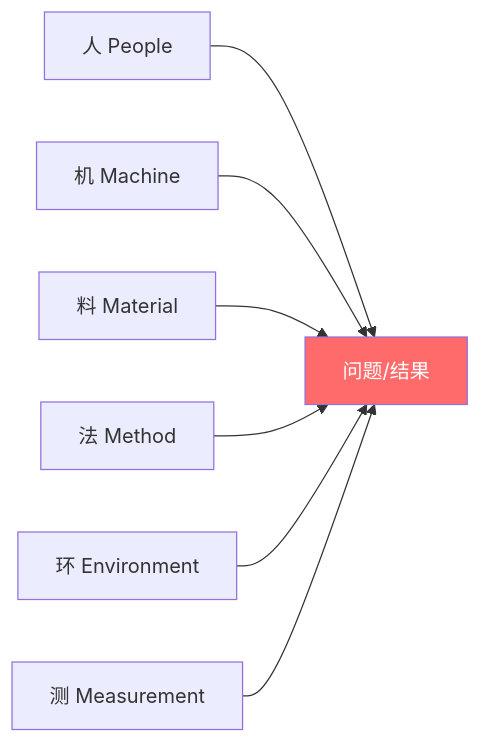
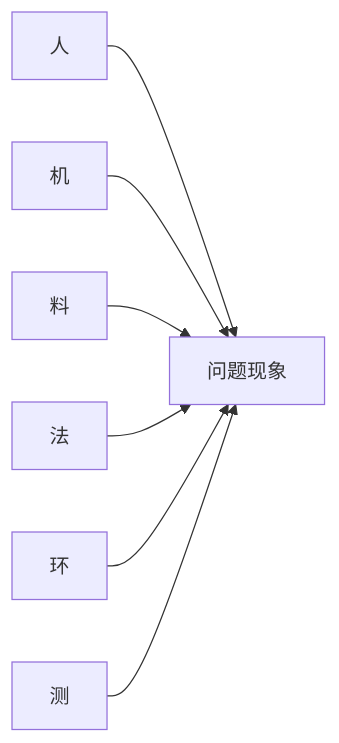
Before and after one commit to chongyang211/YCBookBlog: the first of 2 diagrams in packages/website/13.书籍/05.自我精进·成事/03.事中执行/08.鱼骨图分析方法.md, drawn with Mermaid. The commit also changed other lines of this file and 62 other files, not shown here.

````diff
--- a/packages/website/13.书籍/05.自我精进·成事/03.事中执行/08.鱼骨图分析方法.md
+++ b/packages/website/13.书籍/05.自我精进·成事/03.事中执行/08.鱼骨图分析方法.md
@@ -91,10 +81,9 @@
 ```mermaid
 graph LR
-    A[人 People] --> G[问题/结果]
-    B[机 Machine] --> G
-    C[料 Material] --> G
-    D[法 Method] --> G
-    E[环 Environment] --> G
-    F[测 Measurement] --> G
-    style G fill:#ff6b6b,color:#fff
+    B1[人] --> S[问题现象]
+    B2[机] --> S
+    B3[料] --> S
+    B4[法] --> S
+    B5[环] --> S
+    B6[测] --> S
 ```
````
